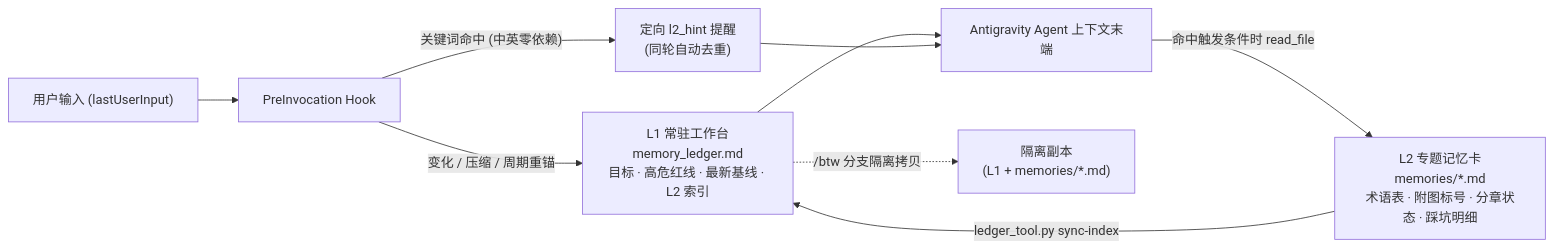
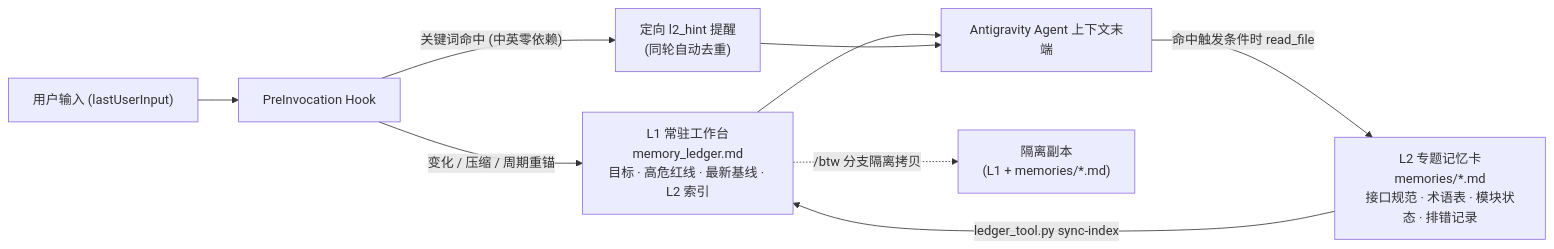
One commit to li-tao-yao/context-anchor changed the diagram in README.md. Above: the diagram before and after it, drawn with Mermaid. The commit also changed other lines of this file and 4 other files, not shown here.

````diff
--- a/README.md
+++ b/README.md
@@ -31,11 +31,11 @@
 ```mermaid
 flowchart LR
     U["用户输入 (lastUserInput)"] --> H["PreInvocation Hook"]
     H -->|"变化 / 压缩 / 周期重锚"| L1["L1 常驻工作台<br/>memory_ledger.md<br/>目标 · 高危红线 · 最新基线 · L2 索引"]
     H -->|"关键词命中 (中英零依赖)"| K["定向 l2_hint 提醒<br/>(同轮自动去重)"]
     L1 --> A["Antigravity Agent 上下文末端"]
     K --> A
-    A -->|"命中触发条件时 read_file"| L2["L2 专题记忆卡<br/>memories/*.md<br/>术语表 · 附图标号 · 分章状态 · 踩坑明细"]
+    A -->|"命中触发条件时 read_file"| L2["L2 专题记忆卡<br/>memories/*.md<br/>接口规范 · 术语表 · 模块状态 · 排错记录"]
     L2 -->|"ledger_tool.py sync-index"| L1
     L1 -.->|"/btw 分支隔离拷贝"| B["隔离副本<br/>(L1 + memories/*.md)"]
 ```
````
